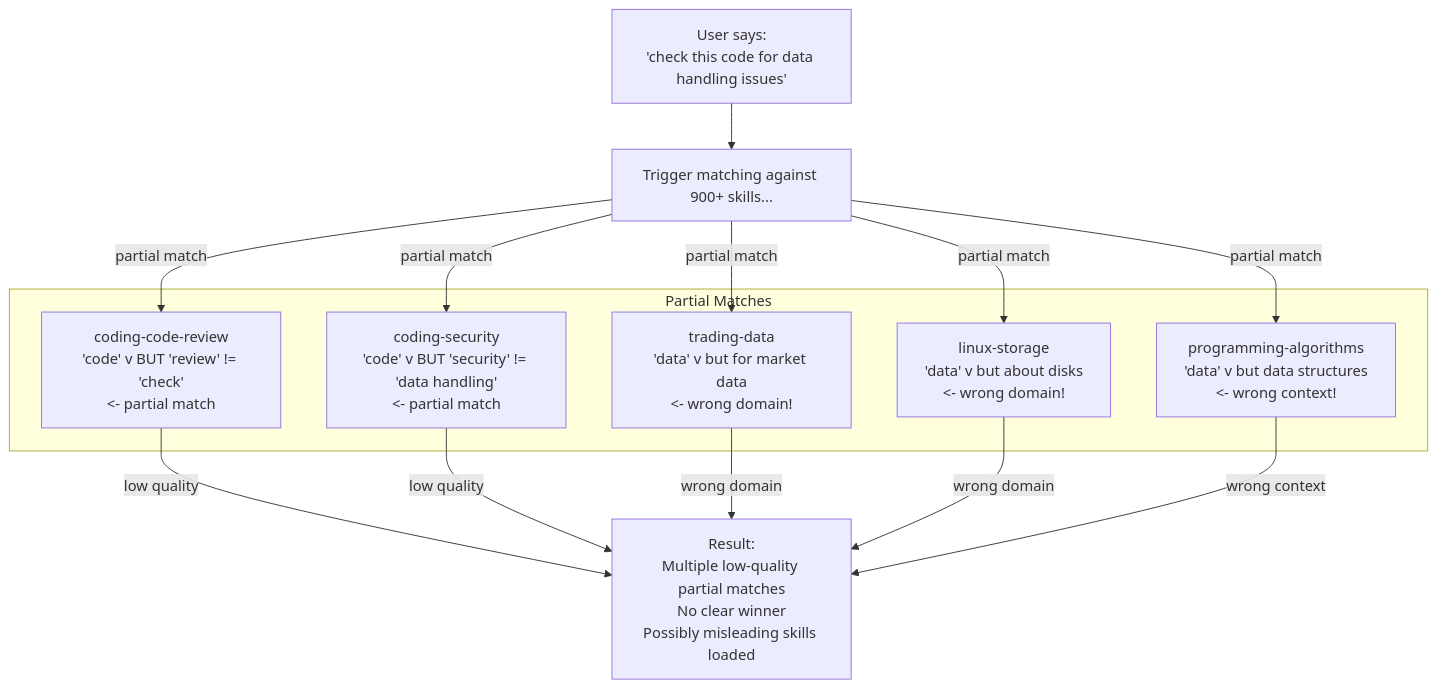
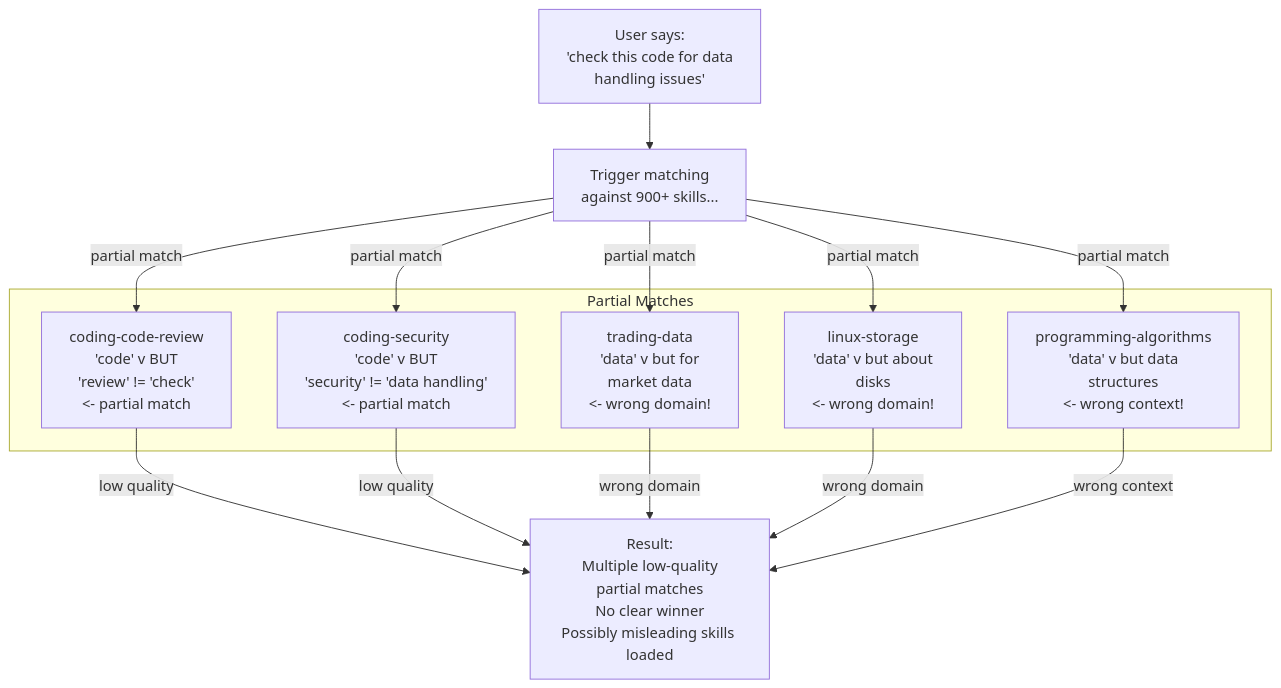
Before and after one commit to paulpas/agent-skill-router: the third of 10 diagrams in docs/skill-evolution.md, drawn with Mermaid. The commit also changed other lines of this file and 7 other files, not shown here.

````diff
--- a/docs/skill-evolution.md
+++ b/docs/skill-evolution.md
@@ -165,25 +165,25 @@
 ```mermaid
 flowchart TD
-    A["User says:<br/>'check this code for data handling issues'"] --> B["Trigger matching against 900+ skills..."]
-    
+    A["User says:<br/>'check this code for data<br/>handling issues'"] --> B["Trigger matching<br/>against 900+ skills..."]
+
     subgraph "Partial Matches"
-        C["coding-code-review<br/>'code' v BUT 'review' != 'check'<br/><- partial match"]
-        D["coding-security<br/>'code' v BUT 'security' != 'data handling'<br/><- partial match"]
-        E["trading-data<br/>'data' v but for market data<br/><- wrong domain!"]
-        F["linux-storage<br/>'data' v but about disks<br/><- wrong domain!"]
-        G["programming-algorithms<br/>'data' v but data structures<br/><- wrong context!"]
+        C["coding-code-review<br/>'code' v BUT<br/>'review' != 'check'<br/><- partial match"]
+        D["coding-security<br/>'code' v BUT<br/>'security' != 'data handling'<br/><- partial match"]
+        E["trading-data<br/>'data' v but for<br/>market data<br/><- wrong domain!"]
+        F["linux-storage<br/>'data' v but about<br/>disks<br/><- wrong domain!"]
+        G["programming-algorithms<br/>'data' v but data<br/>structures<br/><- wrong context!"]
     end
-    
+
     B -->|"partial match"| C
     B -->|"partial match"| D
     B -->|"partial match"| E
     B -->|"partial match"| F
     B -->|"partial match"| G
-    
-    H["Result:<br/>Multiple low-quality partial matches<br/>No clear winner<br/>Possibly misleading skills loaded"]
+
+    H["Result:<br/>Multiple low-quality<br/>partial matches<br/>No clear winner<br/>Possibly misleading skills loaded"]
     C -->|"low quality"| H
     D -->|"low quality"| H
     E -->|"wrong domain"| H
     F -->|"wrong domain"| H
     G -->|"wrong context"| H
 ```
````
